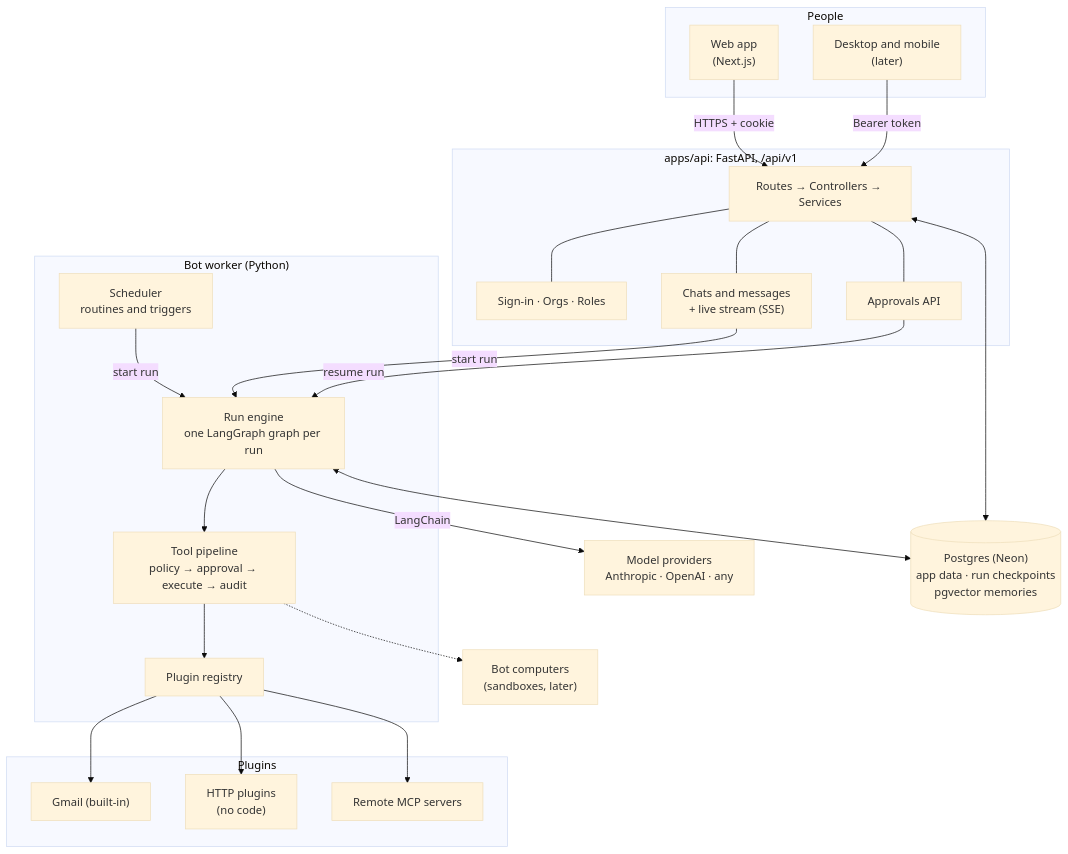
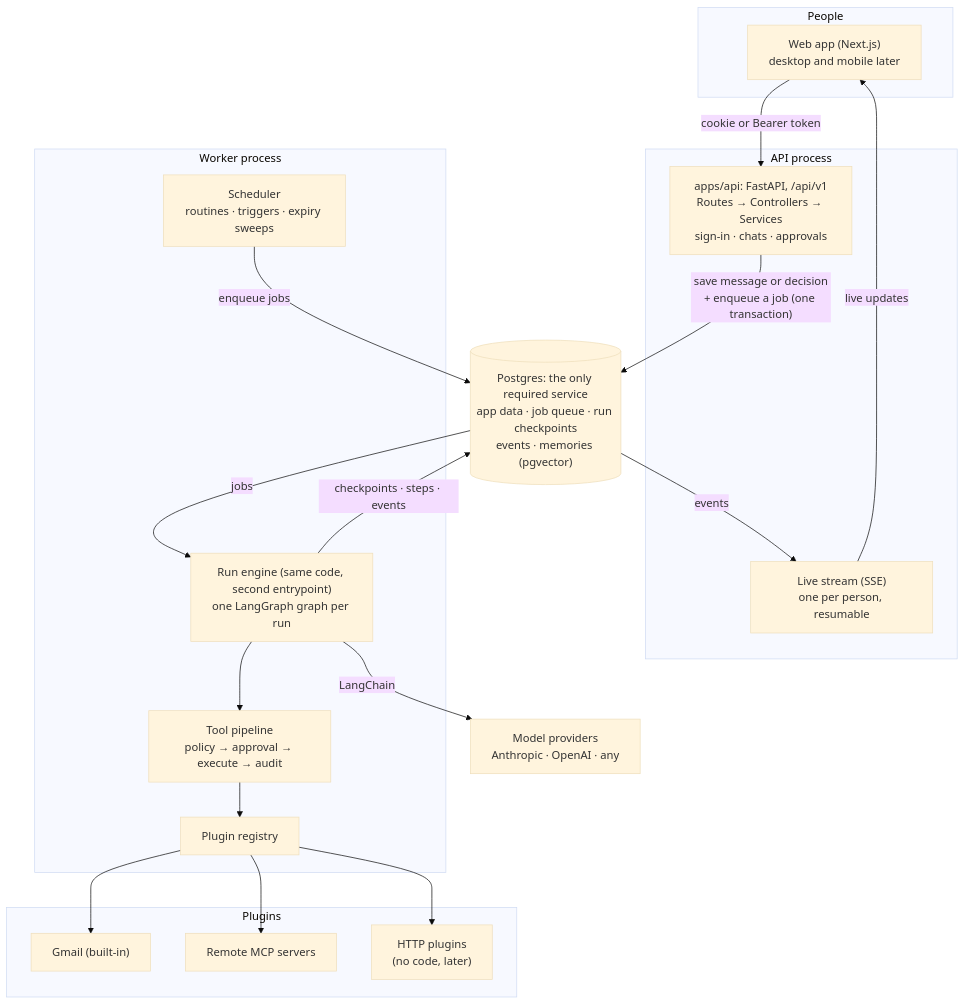
The diagram in docs/architecture/diagrams/01-system-overview.mmd (alihassan-coder/botdesk), drawn with Mermaid (base theme) before and after one commit. The commit also changed 26 other files, not shown here.

Commit message:
docs: architecture review, scaling design and open-source repo structure

```diff
--- a/docs/architecture/diagrams/01-system-overview.mmd
+++ b/docs/architecture/diagrams/01-system-overview.mmd
@@ -1,41 +1,33 @@
 flowchart TB
   subgraph People["People"]
-    U1["Web app<br/>(Next.js)"]
-    U2["Desktop and mobile<br/>(later)"]
+    U1["Web app (Next.js)<br/>desktop and mobile later"]
   end
-  subgraph API["apps/api: FastAPI, /api/v1"]
-    R["Routes → Controllers → Services"]
-    AUTH["Sign-in · Orgs · Roles"]
-    CHAT["Chats and messages<br/>+ live stream (SSE)"]
-    APR["Approvals API"]
+  subgraph API["API process"]
+    R["apps/api: FastAPI, /api/v1<br/>Routes → Controllers → Services<br/>sign-in · chats · approvals"]
+    SSE["Live stream (SSE)<br/>one per person, resumable"]
   end
-  subgraph WORKER["Bot worker (Python)"]
-    RUN["Run engine<br/>one LangGraph graph per run"]
+  DB[("Postgres: the only required service<br/>app data · job queue · run checkpoints<br/>events · memories (pgvector)")]
+  subgraph WORKER["Worker process"]
+    RUN["Run engine (same code, second entrypoint)<br/>one LangGraph graph per run"]
+    SCHED["Scheduler<br/>routines · triggers · expiry sweeps"]
     PIPE["Tool pipeline<br/>policy → approval → execute → audit"]
-    SCHED["Scheduler<br/>routines and triggers"]
     REG["Plugin registry"]
   end
   subgraph PLUG["Plugins"]
     P0["Gmail (built-in)"]
-    P1["HTTP plugins<br/>(no code)"]
     P3["Remote MCP servers"]
+    P1["HTTP plugins<br/>(no code, later)"]
   end
-  DB[("Postgres (Neon)<br/>app data · run checkpoints<br/>pgvector memories")]
   LLM["Model providers<br/>Anthropic · OpenAI · any"]
-  PC["Bot computers<br/>(sandboxes, later)"]
-  U1 -- "HTTPS + cookie" --> R
-  U2 -- "Bearer token" --> R
-  R --- AUTH
-  R --- CHAT
-  R --- APR
-  CHAT -- "start run" --> RUN
-  APR -- "resume run" --> RUN
-  SCHED -- "start run" --> RUN
+  U1 -- "cookie or Bearer token" --> R
+  SSE -- "live updates" --> U1
+  R -- "save message or decision<br/>+ enqueue a job (one transaction)" --> DB
+  DB -- "events" --> SSE
+  DB -- "jobs" --> RUN
+  SCHED -- "enqueue jobs" --> DB
+  RUN -- "checkpoints · steps · events" --> DB
   RUN --> PIPE --> REG
+  RUN -- "LangChain" --> LLM
   REG --> P0
+  REG --> P3
   REG --> P1
-  REG --> P3
-  RUN -- "LangChain" --> LLM
-  RUN <--> DB
-  R <--> DB
-  PIPE -.-> PC
```
